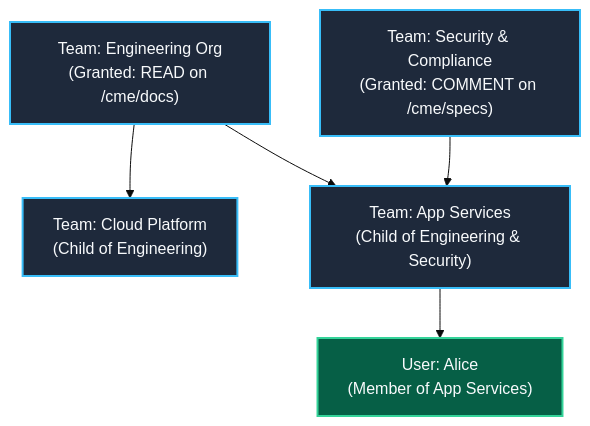
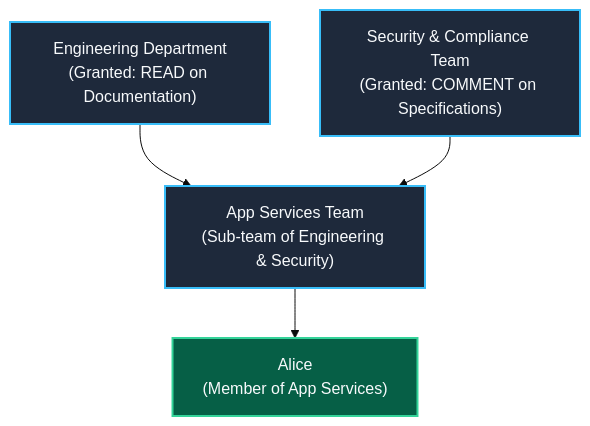
Before and after one commit to paulo-casanova/collaborative-markdown-editor: the second of 4 diagrams in docs/Access Controls.md, drawn with Mermaid (base theme). The commit also changed other lines of this file, not shown here.

Commit message:
docs: restructure Access Controls.md into non-technical user guide and technical system reference

````diff
--- a/docs/Access Controls.md
+++ b/docs/Access Controls.md
@@ -88,18 +76,16 @@
 ```mermaid
 flowchart TD
-    Eng["Team: Engineering Org<br/>(Granted: READ on /cme/docs)"]
-    Sec["Team: Security & Compliance<br/>(Granted: COMMENT on /cme/specs)"]
-    Plat["Team: Cloud Platform<br/>(Child of Engineering)"]
-    App["Team: App Services<br/>(Child of Engineering & Security)"]
-    Dev["User: Alice<br/>(Member of App Services)"]
+    Eng["Engineering Department<br/>(Granted: READ on Documentation)"]
+    Sec["Security & Compliance Team<br/>(Granted: COMMENT on Specifications)"]
+    App["App Services Team<br/>(Sub-team of Engineering & Security)"]
+    Dev["Alice<br/>(Member of App Services)"]
 
-    Eng --> Plat
     Eng --> App
     Sec --> App
     App --> Dev
 
     classDef team fill:#1e293b,stroke:#38bdf8,stroke-width:2px,color:#f8fafc;
     classDef user fill:#065f46,stroke:#34d399,stroke-width:2px,color:#f8fafc;
-    class Eng,Sec,Plat,App team;
+    class Eng,Sec,App team;
     class Dev user;
 ```
````
